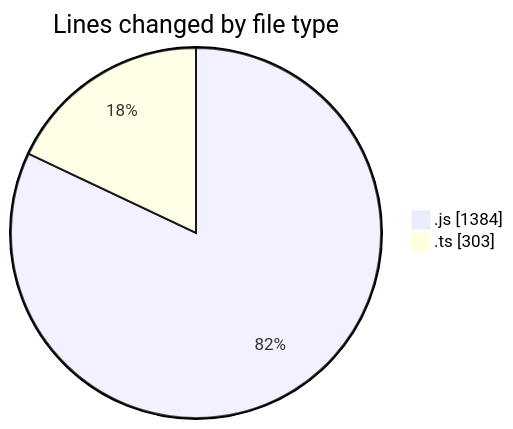
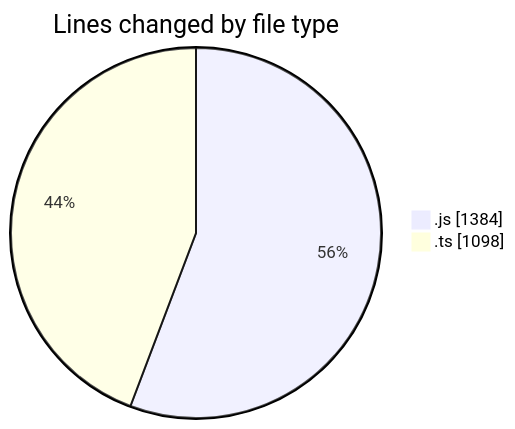
One commit to momahboobian/code-tracking changed the first of 2 diagrams in 2026-02-04/cda/README.md. Above: the diagram before and after it, drawn with Mermaid. The commit also changed other lines of this file and 1 other file, not shown here.

````diff
--- a/2026-02-04/cda/README.md
+++ b/2026-02-04/cda/README.md
@@ -21,6 +23,6 @@
 ```mermaid
 pie showData
 title Lines changed by file type
 ".js" : 1384
-".ts" : 303
+".ts" : 1098
 ```
````
